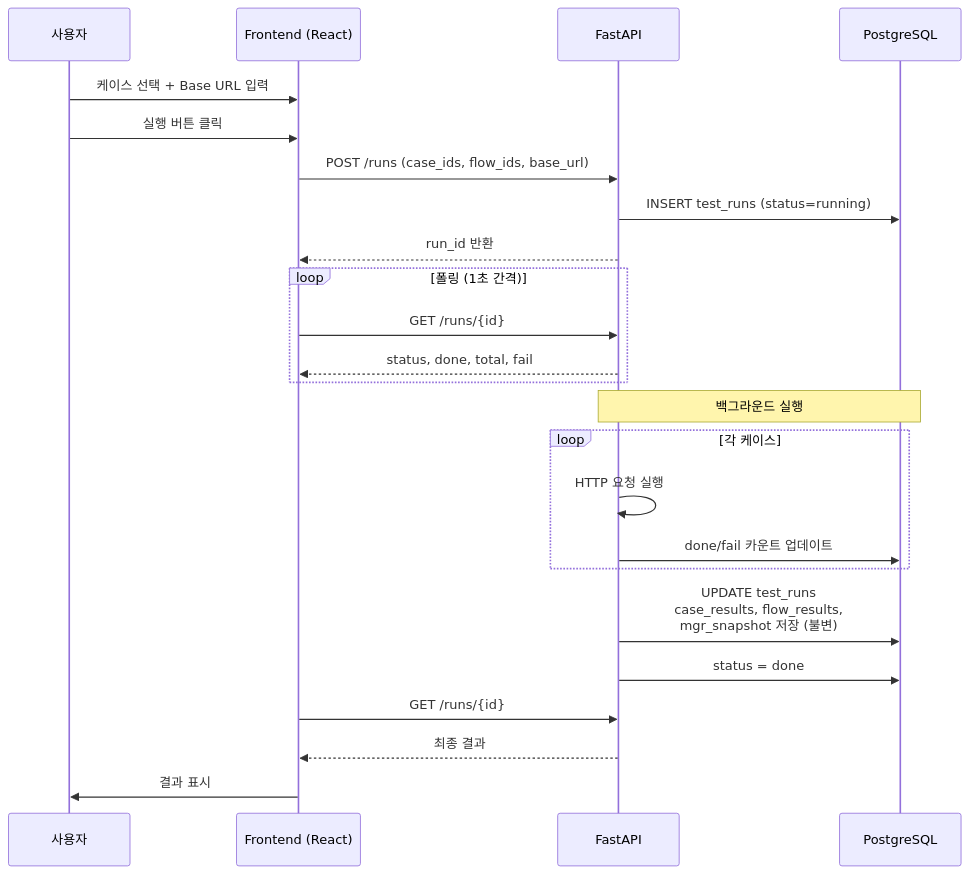
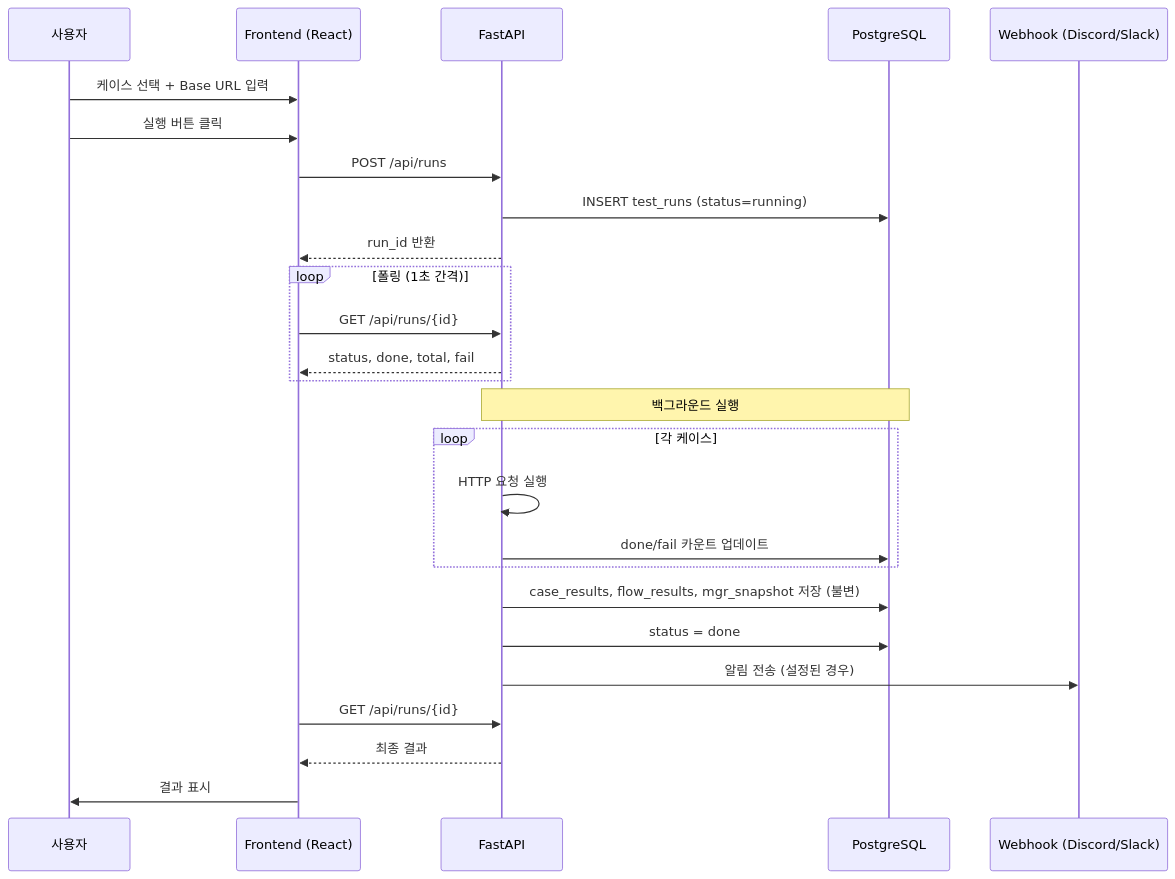
One commit to KIMjongYoun1/QASingle changed the third of 8 diagrams in docs/서비스플로우.md. Above: the diagram before and after it, drawn with Mermaid. The commit also changed other lines of this file and 36 other files, not shown here.

````diff
--- a/docs/서비스플로우.md
+++ b/docs/서비스플로우.md
@@ -53,32 +84,33 @@
 ```mermaid
 sequenceDiagram
     participant U as 사용자
     participant FE as Frontend (React)
     participant API as FastAPI
     participant DB as PostgreSQL
+    participant WH as Webhook (Discord/Slack)
 
     U->>FE: 케이스 선택 + Base URL 입력
     U->>FE: 실행 버튼 클릭
-
-    FE->>API: POST /runs (case_ids, flow_ids, base_url)
+    FE->>API: POST /api/runs
     API->>DB: INSERT test_runs (status=running)
     API-->>FE: run_id 반환
 
     loop 폴링 (1초 간격)
-        FE->>API: GET /runs/{id}
+        FE->>API: GET /api/runs/{id}
         API-->>FE: status, done, total, fail
     end
 
     Note over API,DB: 백그라운드 실행
     loop 각 케이스
         API->>API: HTTP 요청 실행
         API->>DB: done/fail 카운트 업데이트
     end
 
-    API->>DB: UPDATE test_runs<br/>case_results, flow_results,<br/>mgr_snapshot 저장 (불변)
+    API->>DB: case_results, flow_results, mgr_snapshot 저장 (불변)
     API->>DB: status = done
+    API->>WH: 알림 전송 (설정된 경우)
 
-    FE->>API: GET /runs/{id}
+    FE->>API: GET /api/runs/{id}
     API-->>FE: 최종 결과
     FE->>U: 결과 표시
 ```
````
